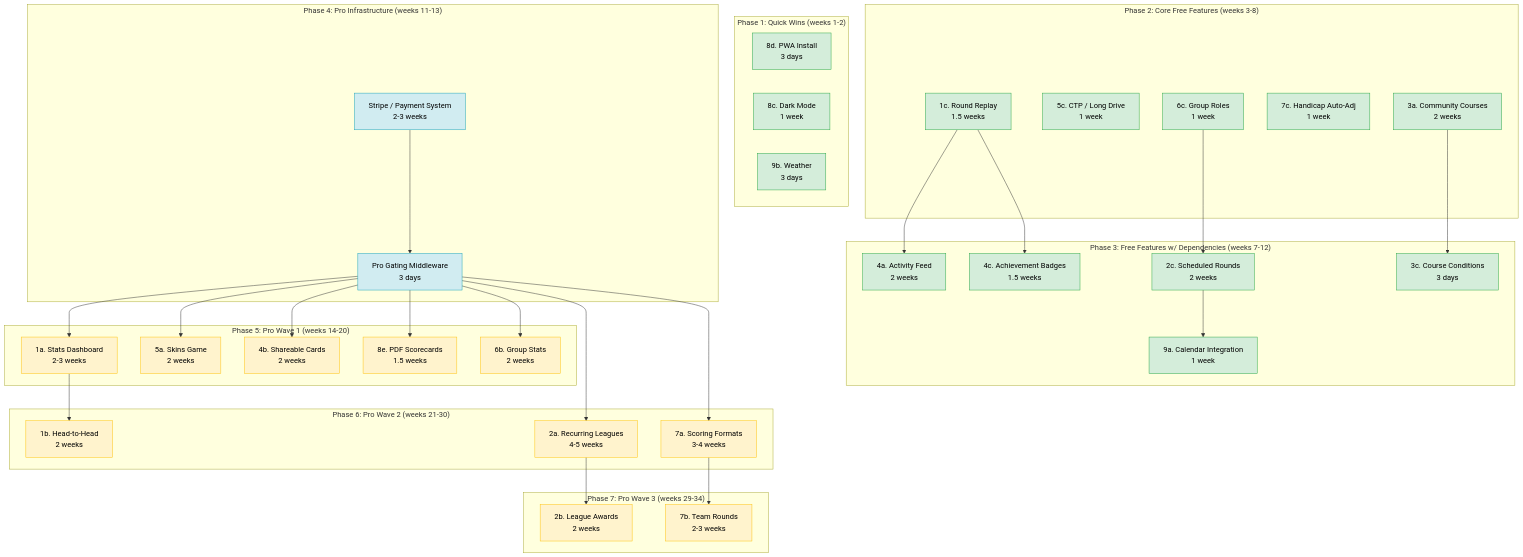
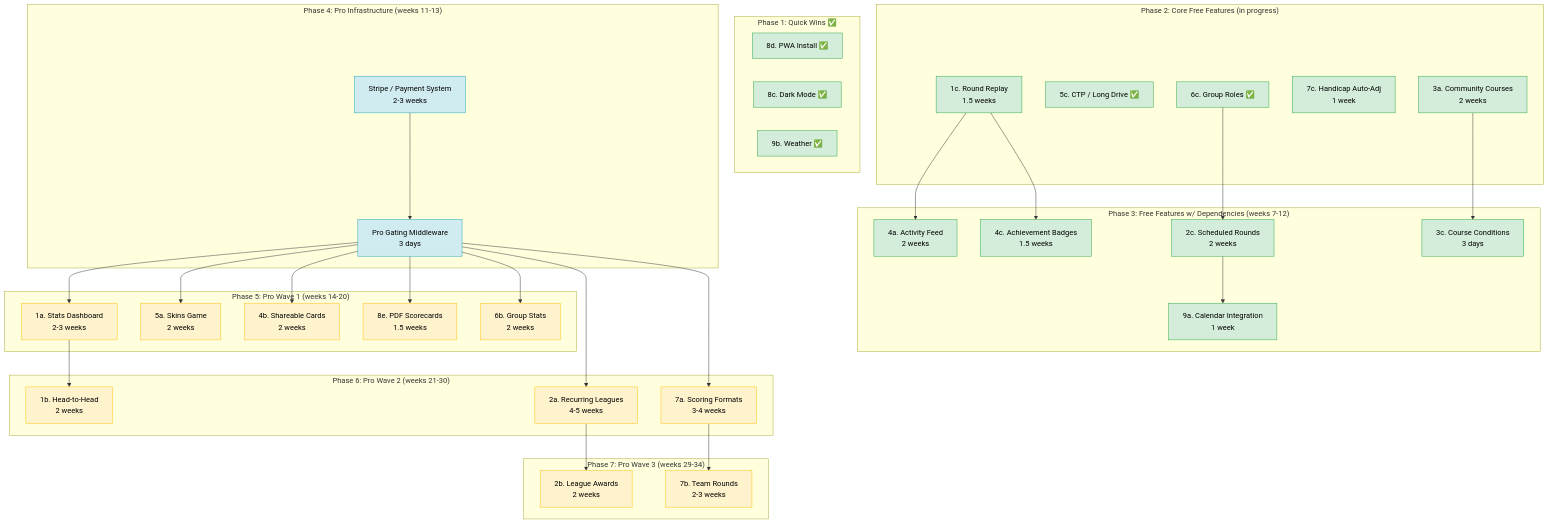
One commit to Lachy-Dauth/dad-golf changed the first of 2 diagrams in docs/roadmap.md. Above: the diagram before and after it, drawn with Mermaid. The commit also changed other lines of this file and 1 other file, not shown here.

First line of the commit message:
Update docs to reflect shipped features (Group Roles, CTP, Dark Mode, PWA, Weather)

````diff
--- a/docs/roadmap.md
+++ b/docs/roadmap.md
@@ -10,79 +10,79 @@
 ```mermaid
 flowchart TD
-    subgraph phase1["Phase 1: Quick Wins (weeks 1-2)"]
+    subgraph phase1["Phase 1: Quick Wins ✅"]
         direction LR
-        P1B["8d. PWA Install\n3 days"]
-        P1C["8c. Dark Mode\n1 week"]
-        P1D["9b. Weather\n3 days"]
+        P1B["8d. PWA Install ✅"]
+        P1C["8c. Dark Mode ✅"]
+        P1D["9b. Weather ✅"]
     end
 
-    subgraph phase2["Phase 2: Core Free Features (weeks 3-8)"]
+    subgraph phase2["Phase 2: Core Free Features (in progress)"]
         P2A["1c. Round Replay\n1.5 weeks"]
-        P2B["5c. CTP / Long Drive\n1 week"]
-        P2D["6c. Group Roles\n1 week"]
+        P2B["5c. CTP / Long Drive ✅"]
+        P2D["6c. Group Roles ✅"]
         P2E["7c. Handicap Auto-Adj\n1 week"]
         P2F["3a. Community Courses\n2 weeks"]
     end
 
     subgraph phase3["Phase 3: Free Features w/ Dependencies (weeks 7-12)"]
         P3A["3c. Course Conditions\n3 days"]
         P3B["2c. Scheduled Rounds\n2 weeks"]
         P3C["9a. Calendar Integration\n1 week"]
         P3D["4a. Activity Feed\n2 weeks"]
         P3E["4c. Achievement Badges\n1.5 weeks"]
     end
 
     subgraph phase4["Phase 4: Pro Infrastructure (weeks 11-13)"]
         P4A["Stripe / Payment System\n2-3 weeks"]
         P4B["Pro Gating Middleware\n3 days"]
     end
 
     subgraph phase5["Phase 5: Pro Wave 1 (weeks 14-20)"]
         P5A["1a. Stats Dashboard\n2-3 weeks"]
         P5B["5a. Skins Game\n2 weeks"]
         P5C["4b. Shareable Cards\n2 weeks"]
         P5D["8e. PDF Scorecards\n1.5 weeks"]
         P5E["6b. Group Stats\n2 weeks"]
     end
 
     subgraph phase6["Phase 6: Pro Wave 2 (weeks 21-30)"]
         P6A["1b. Head-to-Head\n2 weeks"]
         P6B["2a. Recurring Leagues\n4-5 weeks"]
         P6C["7a. Scoring Formats\n3-4 weeks"]
     end
 
     subgraph phase7["Phase 7: Pro Wave 3 (weeks 29-34)"]
         P7A["2b. League Awards\n2 weeks"]
         P7B["7b. Team Rounds\n2-3 weeks"]
     end
 
     %% Dependencies
     P2F --> P3A
     P2D --> P3B
     P3B --> P3C
     P2A --> P3D
     P2A --> P3E
 
     P4A --> P4B
     P4B --> P5A
     P4B --> P5B
     P4B --> P5C
     P4B --> P5D
     P4B --> P5E
 
     P5A --> P6A
     P4B --> P6B
     P4B --> P6C
 
     P6B --> P7A
     P6C --> P7B
 
     %% Styling
     classDef free fill:#d4edda,stroke:#28a745,color:#000
     classDef pro fill:#fff3cd,stroke:#ffc107,color:#000
     classDef infra fill:#d1ecf1,stroke:#17a2b8,color:#000
 
     class P1B,P1C,P1D,P2A,P2B,P2D,P2E,P2F,P3A,P3B,P3C,P3D,P3E free
     class P5A,P5B,P5C,P5D,P5E,P6A,P6B,P6C,P7A,P7B pro
     class P4A,P4B infra
 ```
````
